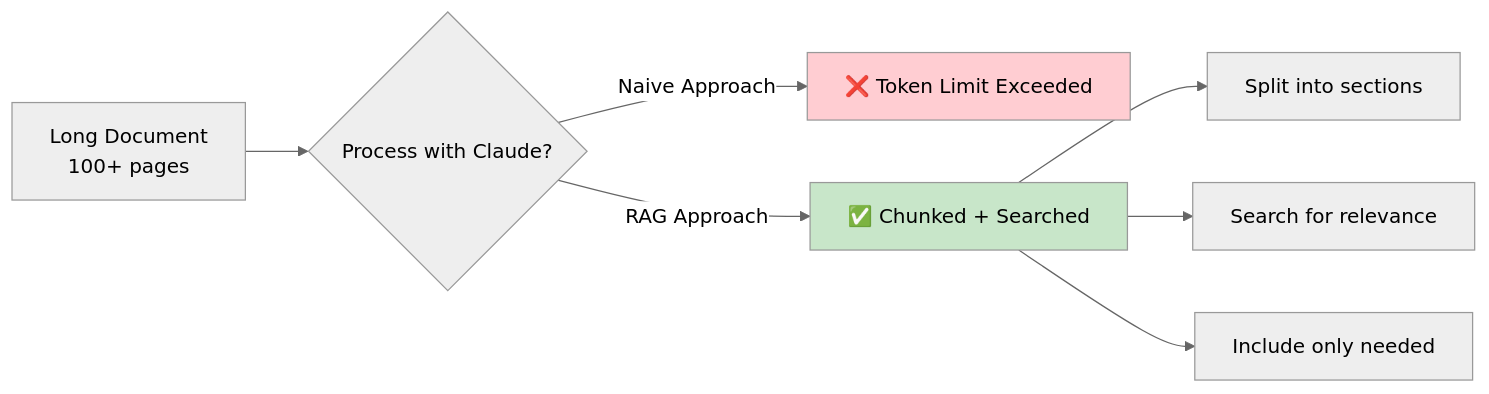
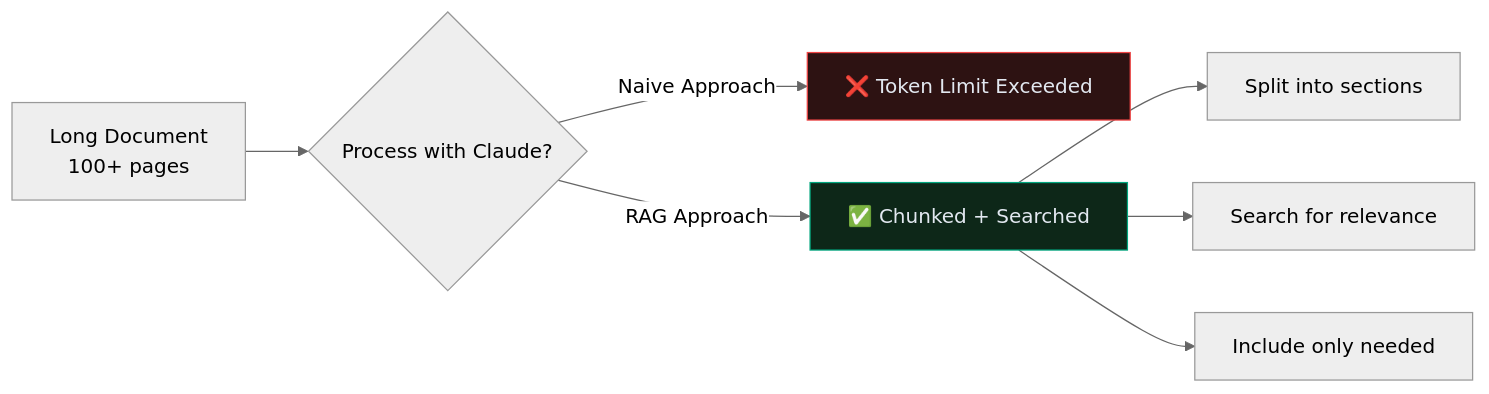
The third of 4 diagrams in docs/04_Building-with-the-Claude-API.md (CagriCatik/claude-ollama-coder), drawn with Mermaid (neutral theme) before and after one commit. The commit also changed other lines of this file and 16 other files, not shown here.

````diff
--- a/docs/04_Building-with-the-Claude-API.md
+++ b/docs/04_Building-with-the-Claude-API.md
@@ -461,14 +462,14 @@
 ```mermaid
 graph LR
     A["Long Document<br/>100+ pages"] --> B{Process with Claude?}
     
     B -->|Naive Approach| C[❌ Token Limit Exceeded]
     B -->|RAG Approach| D[✅ Chunked + Searched]
     
     D --> D1["Split into sections"]
     D --> D2["Search for relevance"]
     D --> D3["Include only needed"]
     
-    style C fill:#ffcdd2
-    style D fill:#c8e6c9
+    style C fill:#2d1212,stroke:#ef4444,color:#e2e8f0
+    style D fill:#0d2718,stroke:#00a67e,color:#e2e8f0
 ```
````
